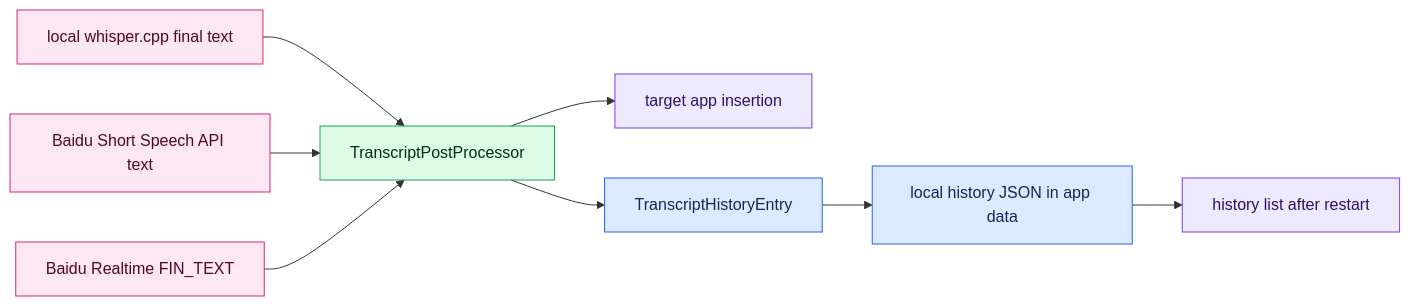
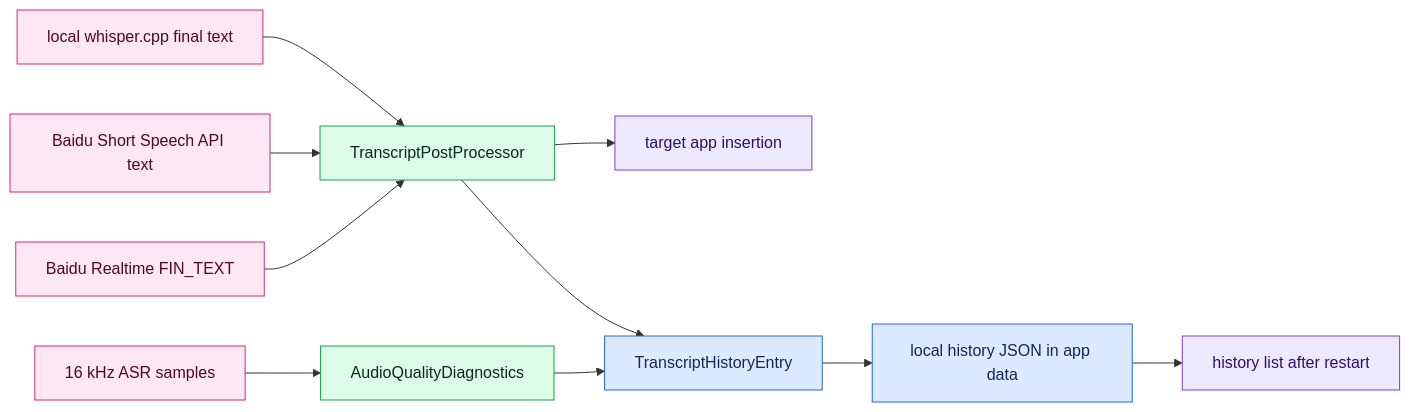
Before and after one commit to snowcraneww/vox-type: the diagram in docs/superpowers/specs/2026-06-02-v9-transcript-quality-design.md, drawn with Mermaid. The commit also changed other lines of this file and 6 other files, not shown here.

Commit message:
docs: split transcript quality and audio preprocessing plans

````diff
--- a/docs/superpowers/specs/2026-06-02-v9-transcript-quality-design.md
+++ b/docs/superpowers/specs/2026-06-02-v9-transcript-quality-design.md
@@ -52,15 +57,17 @@
 ```mermaid
 flowchart LR
   classDef asr fill:#fce7f3,stroke:#db2777,color:#500724
   classDef quality fill:#dcfce7,stroke:#16a34a,color:#052e16
   classDef store fill:#dbeafe,stroke:#2563eb,color:#172554
   classDef output fill:#ede9fe,stroke:#7c3aed,color:#2e1065
 
   Whisper[local whisper.cpp final text]:::asr --> Quality[TranscriptPostProcessor]:::quality
   BaiduShort[Baidu Short Speech API text]:::asr --> Quality
   BaiduRT[Baidu Realtime FIN_TEXT]:::asr --> Quality
+  Audio[16 kHz ASR samples]:::asr --> AudioDiag[AudioQualityDiagnostics]:::quality
   Quality --> Insert[target app insertion]:::output
   Quality --> Entry[TranscriptHistoryEntry]:::store
+  AudioDiag --> Entry
   Entry --> Store[local history JSON in app data]:::store
   Store --> UI[history list after restart]:::output
 ```
````
